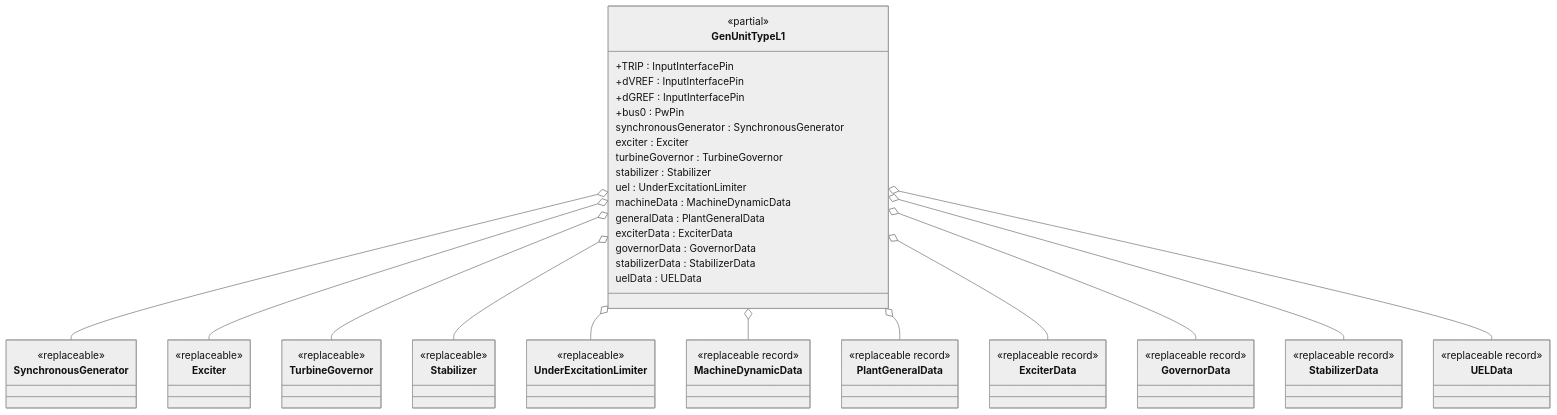
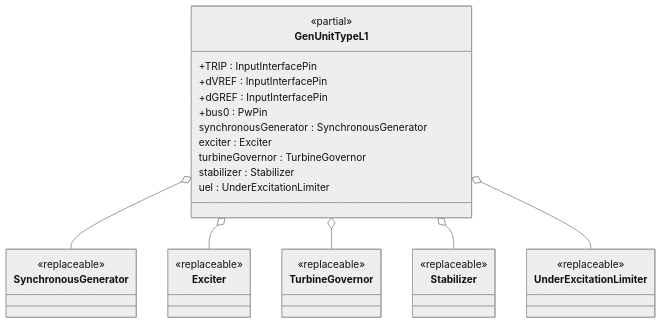
One commit to Opal-RT-Technologies/ephasorsim-modelica-library changed the first of 2 diagrams in modelica/OpalRT/docs/TypeL.md. Above: the diagram before and after it, drawn with Mermaid (neutral theme). The commit also changed other lines of this file and 56 other files, not shown here.

````diff
--- a/modelica/OpalRT/docs/TypeL.md
+++ b/modelica/OpalRT/docs/TypeL.md
@@ -44,43 +42,25 @@
 ```mermaid
 classDiagram
 class GenUnitTypeL1 {
   <<partial>>
   +TRIP : InputInterfacePin
   +dVREF : InputInterfacePin
   +dGREF : InputInterfacePin
   +bus0 : PwPin
   synchronousGenerator : SynchronousGenerator
   exciter : Exciter
   turbineGovernor : TurbineGovernor
   stabilizer : Stabilizer
   uel : UnderExcitationLimiter
-  machineData : MachineDynamicData
-  generalData : PlantGeneralData
-  exciterData : ExciterData
-  governorData : GovernorData
-  stabilizerData : StabilizerData
-  uelData : UELData
 }
 class SynchronousGenerator { <<replaceable>> }
 class Exciter { <<replaceable>> }
 class TurbineGovernor { <<replaceable>> }
 class Stabilizer { <<replaceable>> }
 class UnderExcitationLimiter { <<replaceable>> }
-class MachineDynamicData { <<replaceable record>> }
-class PlantGeneralData { <<replaceable record>> }
-class ExciterData { <<replaceable record>> }
-class GovernorData { <<replaceable record>> }
-class StabilizerData { <<replaceable record>> }
-class UELData { <<replaceable record>> }
 GenUnitTypeL1 o-- SynchronousGenerator
 GenUnitTypeL1 o-- Exciter
 GenUnitTypeL1 o-- TurbineGovernor
 GenUnitTypeL1 o-- Stabilizer
 GenUnitTypeL1 o-- UnderExcitationLimiter
-GenUnitTypeL1 o-- MachineDynamicData
-GenUnitTypeL1 o-- PlantGeneralData
-GenUnitTypeL1 o-- ExciterData
-GenUnitTypeL1 o-- GovernorData
-GenUnitTypeL1 o-- StabilizerData
-GenUnitTypeL1 o-- UELData
 ```
````
